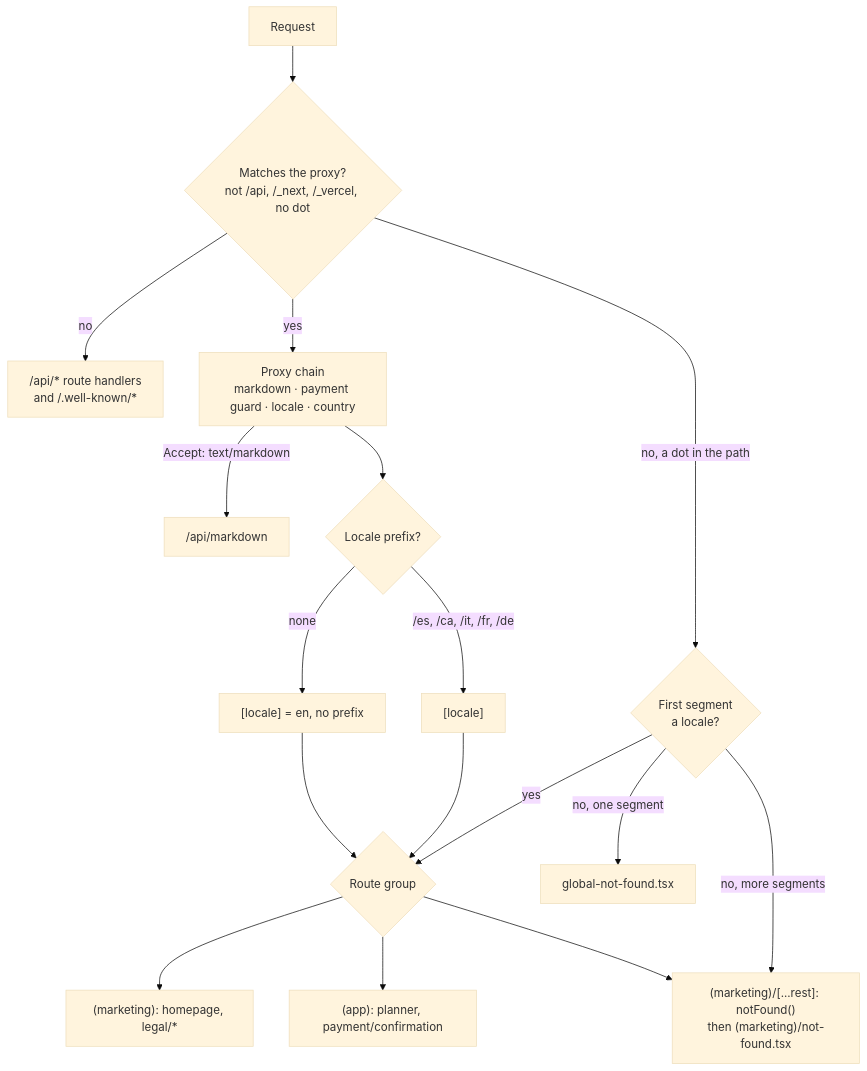
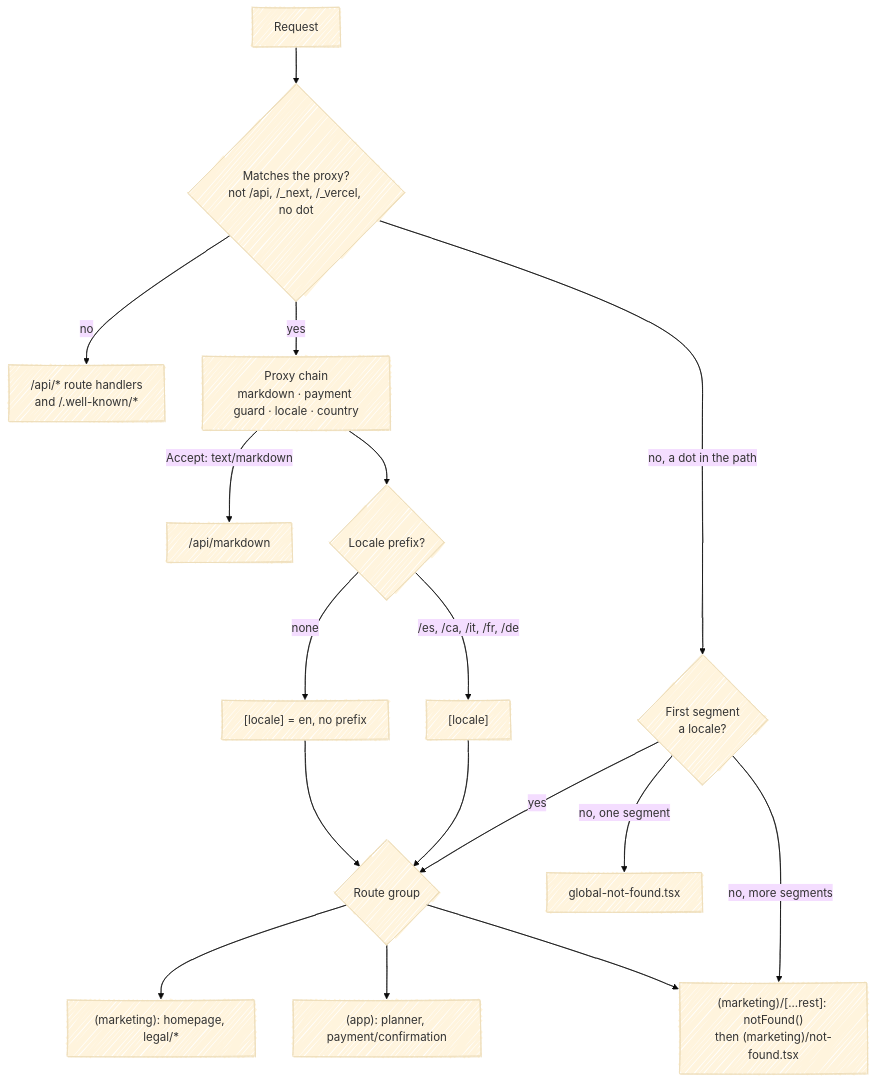
The diagram in apps/docs/src/content/docs/architecture/routing.mdx (fbuireu/forever-pto), drawn with Mermaid (base theme) before and after one commit. The commit also changed 35 other files, not shown here.

First line of the commit message:
docs(docs): draw every diagram hand-drawn on the dagre layout

````diff
--- a/apps/docs/src/content/docs/architecture/routing.mdx
+++ b/apps/docs/src/content/docs/architecture/routing.mdx
@@ -37,18 +37,23 @@
 ```mermaid
+---
+config:
+  look: handDrawn
+  layout: dagre
+---
 flowchart TD
   REQ[Request] --> M{"Matches the proxy?<br/>not /api, /_next, /_vercel, no dot"}
   M -- no --> API["/api/* route handlers<br/>and /.well-known/*"]
   M -- "no, a dot in the path" --> DOT{"First segment<br/>a locale?"}
   M -- yes --> PX[Proxy chain<br/>markdown · payment guard · locale · country]
   PX -->|Accept: text/markdown| MD["/api/markdown"]
   PX --> LOC{Locale prefix?}
   LOC -->|none| EN["[locale] = en, no prefix"]
   LOC -->|"/es, /ca, /it, /fr, /de"| L["[locale]"]
   EN & L --> G{Route group}
   G --> MK["(marketing): homepage, legal/*"]
   G --> AP["(app): planner, payment/confirmation"]
   G --> CA["(marketing)/[...rest]: notFound()<br/>then (marketing)/not-found.tsx"]
   DOT -- yes --> G
   DOT -- "no, one segment" --> GNF[global-not-found.tsx]
   DOT -- "no, more segments" --> CA
 ```
````
